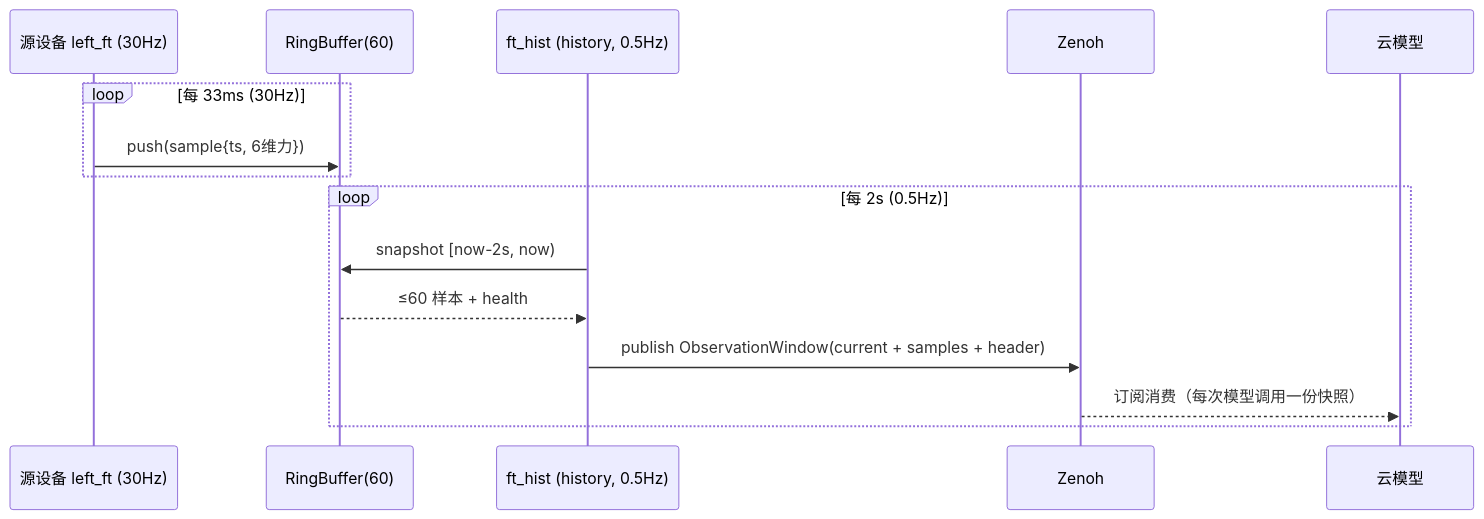
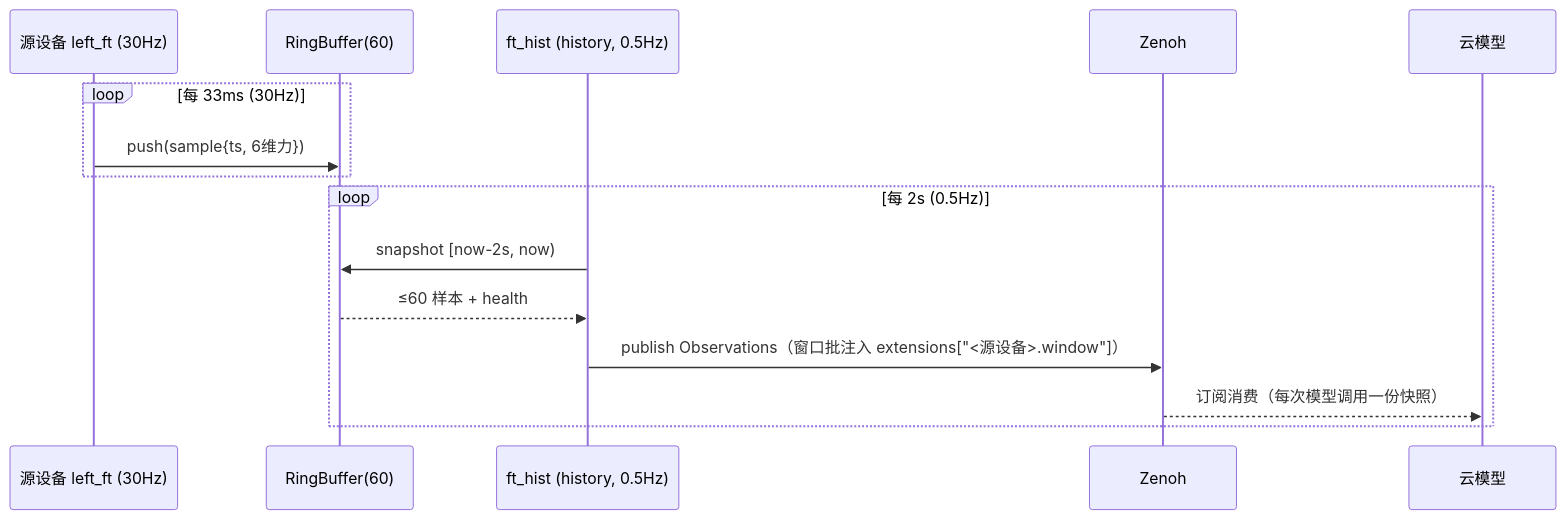
One commit to vincentguiling/cloudrobo-sdk-client changed the diagram in docs/design/r2c-multi-device-tree-design.md. Above: the diagram before and after it, drawn with Mermaid. The commit also changed other lines of this file, not shown here.

Commit message:
docs(design): 采纳定案——窗口批经 extensions 随唯一观测入口上行，云端不感知 node

````diff
--- a/docs/design/r2c-multi-device-tree-design.md
+++ b/docs/design/r2c-multi-device-tree-design.md
@@ -74,17 +75,17 @@
 ```mermaid
 sequenceDiagram
     participant S as 源设备 left_ft (30Hz)
     participant R as RingBuffer(60)
     participant H as ft_hist (history, 0.5Hz)
     participant Z as Zenoh
     participant C as 云模型
     loop 每 33ms (30Hz)
         S->>R: push(sample{ts, 6维力})
     end
     loop 每 2s (0.5Hz)
         H->>R: snapshot [now-2s, now)
         R-->>H: ≤60 样本 + health
-        H->>Z: publish ObservationWindow(current + samples + header)
+        H->>Z: publish Observations（窗口批注入 extensions["<源设备>.window"]）
         Z-->>C: 订阅消费（每次模型调用一份快照）
     end
 ```
````
